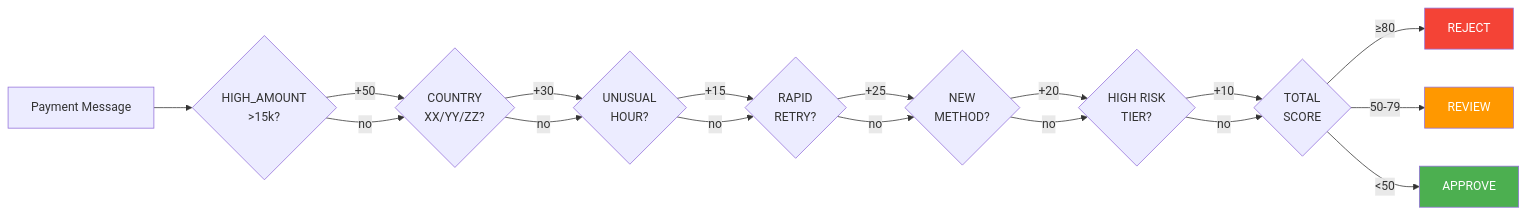
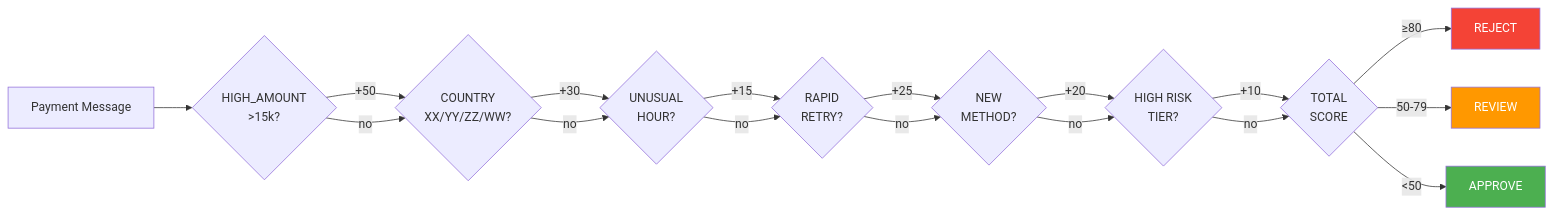
The fifth of 5 diagrams in README.md (sergio11/camel_payment_orchestrator_poc), drawn with Mermaid before and after one commit. The commit also changed other lines of this file, not shown here.

````diff
--- a/README.md
+++ b/README.md
@@ -246,23 +246,23 @@
 ```mermaid
 flowchart LR
     M["Payment Message"] --> R1{"HIGH_AMOUNT\n>15k?"}
-    R1 -->|+50| R2{"COUNTRY\nXX/YY/ZZ?"}
+    R1 -->|+50| R2{"COUNTRY\nXX/YY/ZZ/WW?"}
     R1 -->|no| R2
     R2 -->|+30| R3{"UNUSUAL\nHOUR?"}
     R2 -->|no| R3
     R3 -->|+15| R4{"RAPID\nRETRY?"}
     R3 -->|no| R4
     R4 -->|+25| R5{"NEW\nMETHOD?"}
     R4 -->|no| R5
     R5 -->|+20| R6{"HIGH RISK\nTIER?"}
     R5 -->|no| R6
     R6 -->|+10| Score{"TOTAL\nSCORE"}
     R6 -->|no| Score
     Score -->|"≥80"| Reject["REJECT"]
     Score -->|"50-79"| Review["REVIEW"]
     Score -->|"<50"| Approve["APPROVE"]
 
     style Reject fill:#f44336,color:#fff
     style Review fill:#ff9800,color:#fff
     style Approve fill:#4caf50,color:#fff
 ```
````
